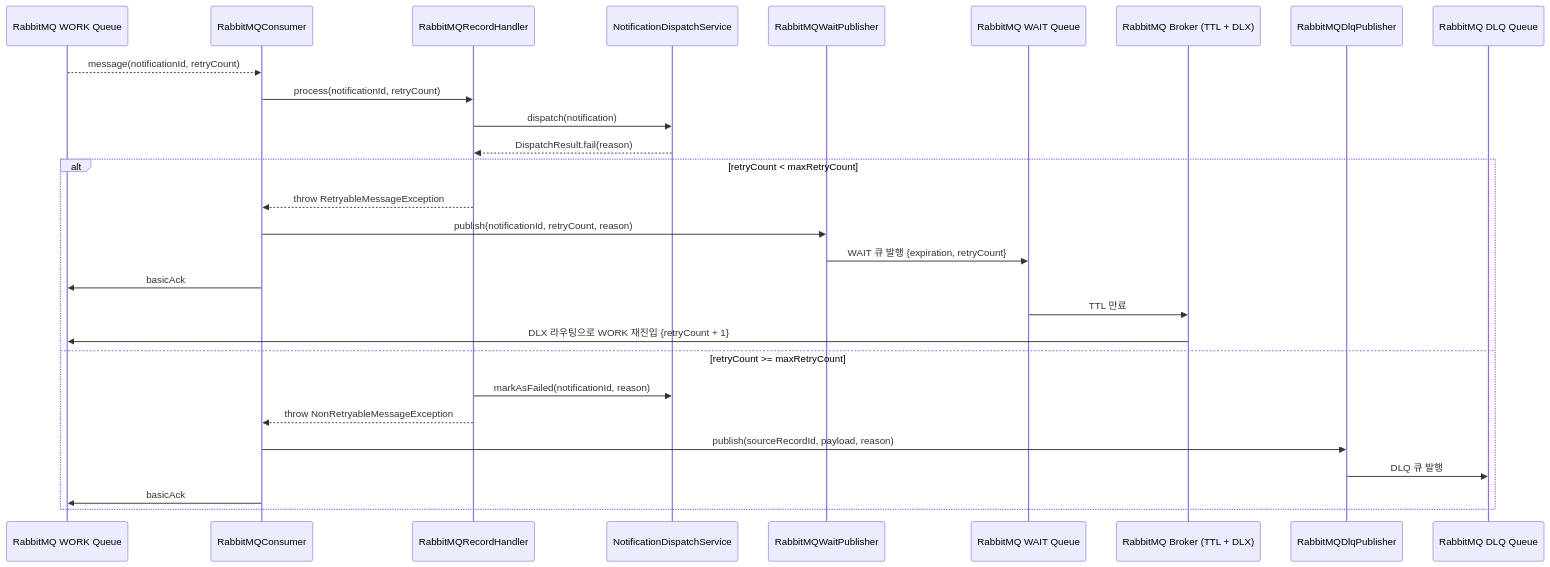
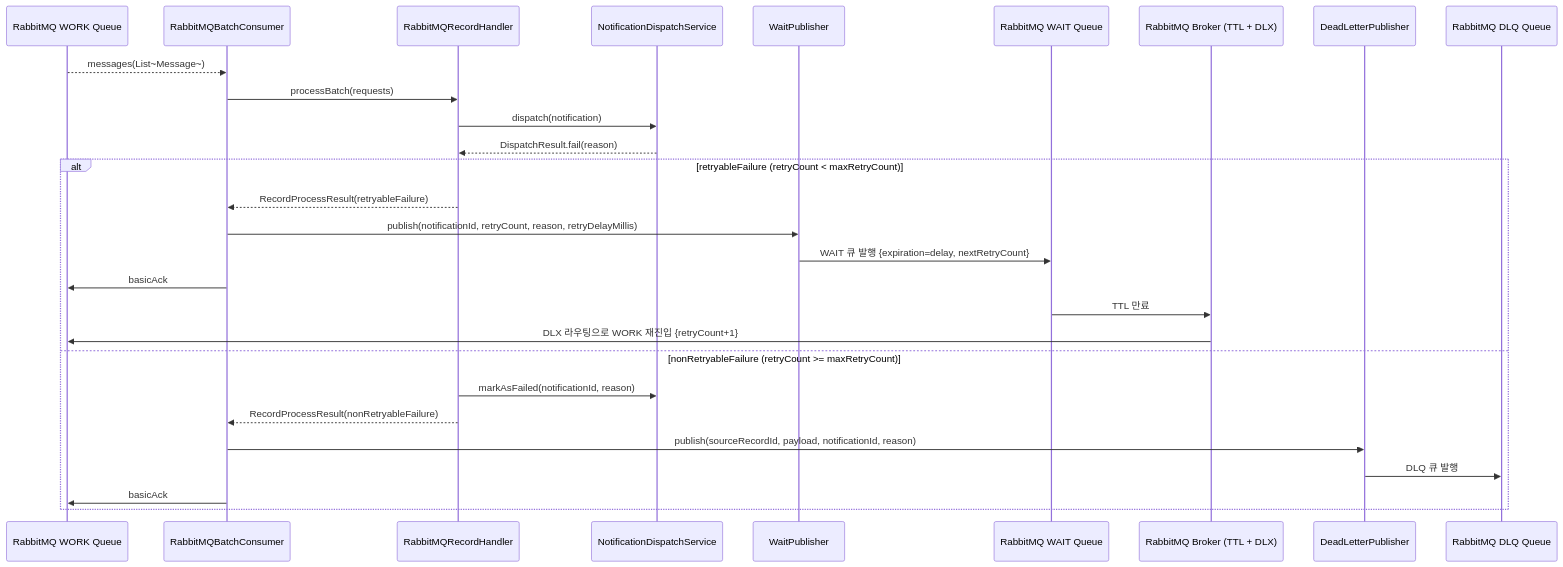
The fourth of 7 diagrams in docs/02-sequence-diagrams.md (yht0827/notification-dispatcher), drawn with Mermaid before and after one commit. The commit also changed other lines of this file and 208 other files, not shown here.

````diff
--- a/docs/02-sequence-diagrams.md
+++ b/docs/02-sequence-diagrams.md
@@ -149,33 +160,33 @@
 ```mermaid
 sequenceDiagram
     participant RS as RabbitMQ WORK Queue
-    participant C as RabbitMQConsumer
+    participant C as RabbitMQBatchConsumer
     participant H as RabbitMQRecordHandler
     participant DS as NotificationDispatchService
-    participant W as RabbitMQWaitPublisher
+    participant W as WaitPublisher
     participant WS as RabbitMQ WAIT Queue
     participant B as RabbitMQ Broker (TTL + DLX)
-    participant D as RabbitMQDlqPublisher
+    participant D as DeadLetterPublisher
     participant DLQ as RabbitMQ DLQ Queue
 
-    RS-->>C: message(notificationId, retryCount)
-    C->>H: process(notificationId, retryCount)
+    RS-->>C: messages(List~Message~)
+    C->>H: processBatch(requests)
     H->>DS: dispatch(notification)
     DS-->>H: DispatchResult.fail(reason)
 
-    alt retryCount < maxRetryCount
-        H-->>C: throw RetryableMessageException
-        C->>W: publish(notificationId, retryCount, reason)
-        W->>WS: WAIT 큐 발행 {expiration, retryCount}
+    alt retryableFailure (retryCount < maxRetryCount)
+        H-->>C: RecordProcessResult(retryableFailure)
+        C->>W: publish(notificationId, retryCount, reason, retryDelayMillis)
+        W->>WS: WAIT 큐 발행 {expiration=delay, nextRetryCount}
         C->>RS: basicAck
 
         WS->>B: TTL 만료
-        B->>RS: DLX 라우팅으로 WORK 재진입 {retryCount + 1}
-    else retryCount >= maxRetryCount
+        B->>RS: DLX 라우팅으로 WORK 재진입 {retryCount+1}
+    else nonRetryableFailure (retryCount >= maxRetryCount)
         H->>DS: markAsFailed(notificationId, reason)
-        H-->>C: throw NonRetryableMessageException
-        C->>D: publish(sourceRecordId, payload, reason)
+        H-->>C: RecordProcessResult(nonRetryableFailure)
+        C->>D: publish(sourceRecordId, payload, notificationId, reason)
         D->>DLQ: DLQ 큐 발행
         C->>RS: basicAck
     end
 ```
````
